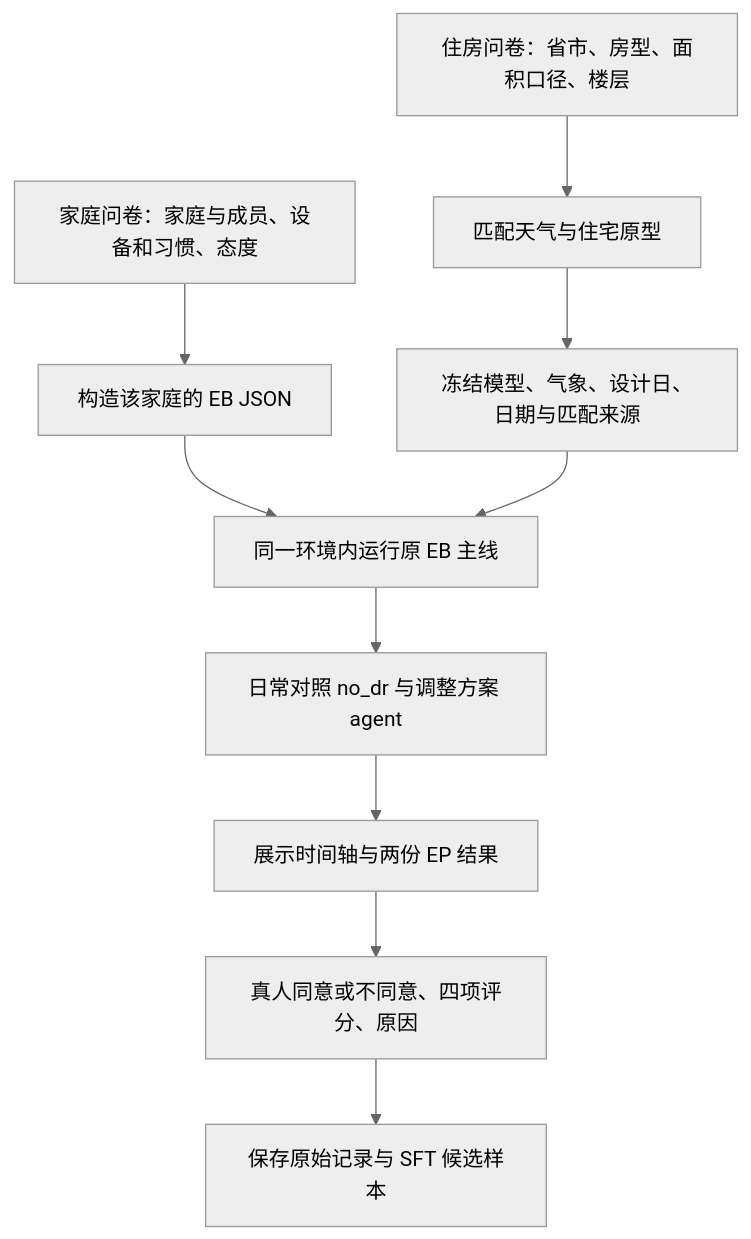
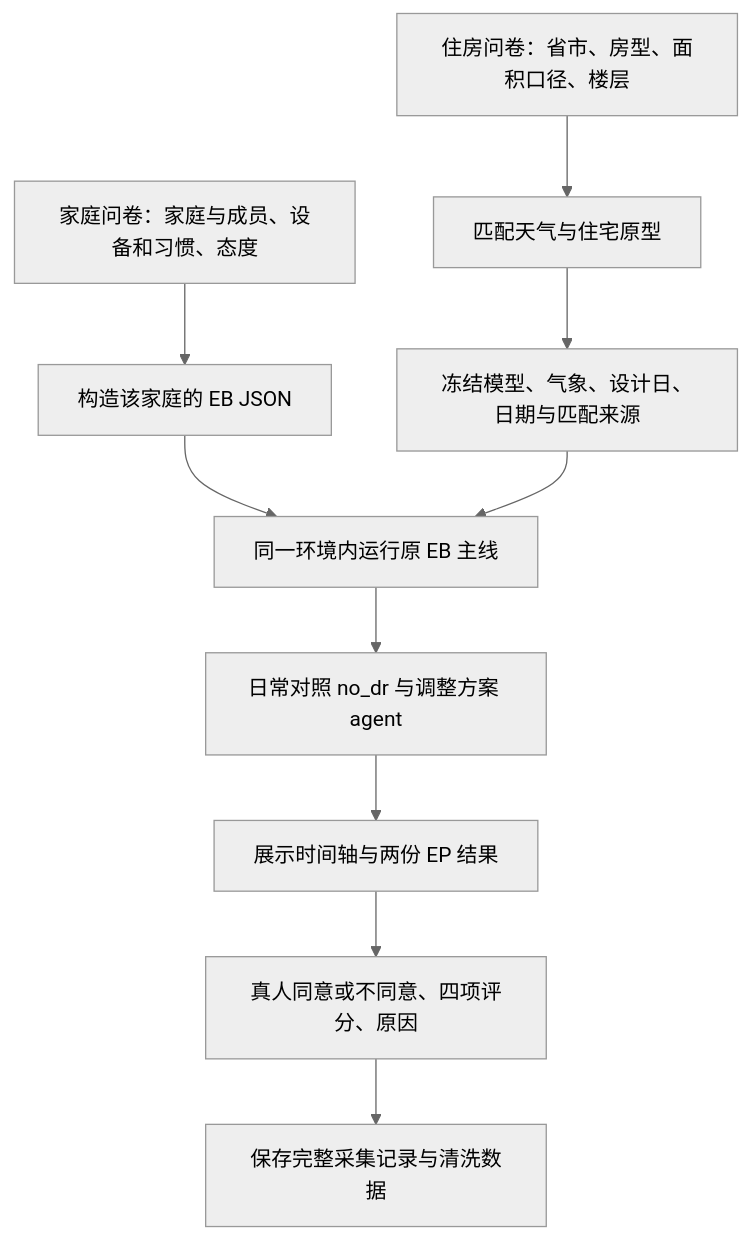
The diagram in docs/regional-environment/INTEGRATION.md (Fanmili-5/energybridge-household-survey), drawn with Mermaid (neutral theme) before and after one commit. The commit also changed other lines of this file and 10 other files, not shown here.

````diff
--- a/docs/regional-environment/INTEGRATION.md
+++ b/docs/regional-environment/INTEGRATION.md
@@ -3,12 +3,12 @@
 ```mermaid
 flowchart TD
     A[家庭问卷：家庭与成员、设备和习惯、态度] --> C[构造该家庭的 EB JSON]
     B[住房问卷：省市、房型、面积口径、楼层] --> D[匹配天气与住宅原型]
     D --> E[冻结模型、气象、设计日、日期与匹配来源]
     C --> F[同一环境内运行原 EB 主线]
     E --> F
     F --> G[日常对照 no_dr 与调整方案 agent]
     G --> H[展示时间轴与两份 EP 结果]
     H --> I[真人同意或不同意、四项评分、原因]
-    I --> J[保存原始记录与 SFT 候选样本]
+    I --> J[保存完整采集记录与清洗数据]
 ```
````
